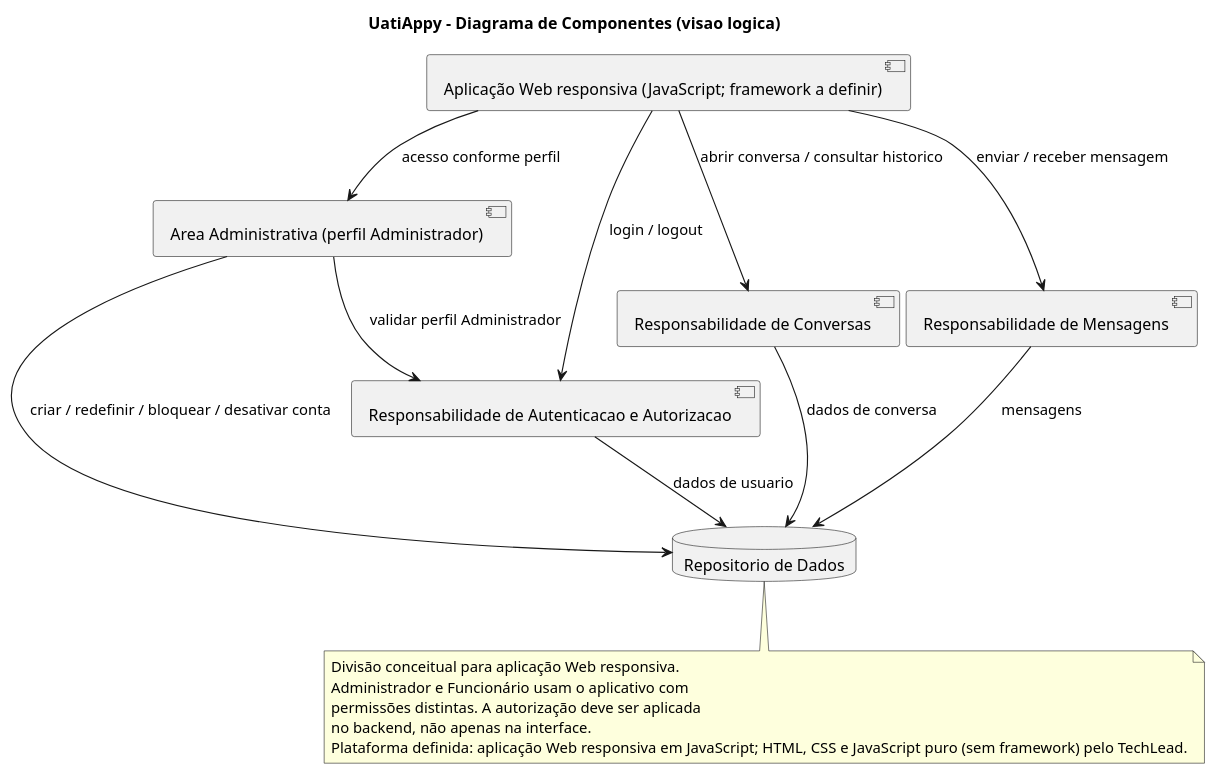
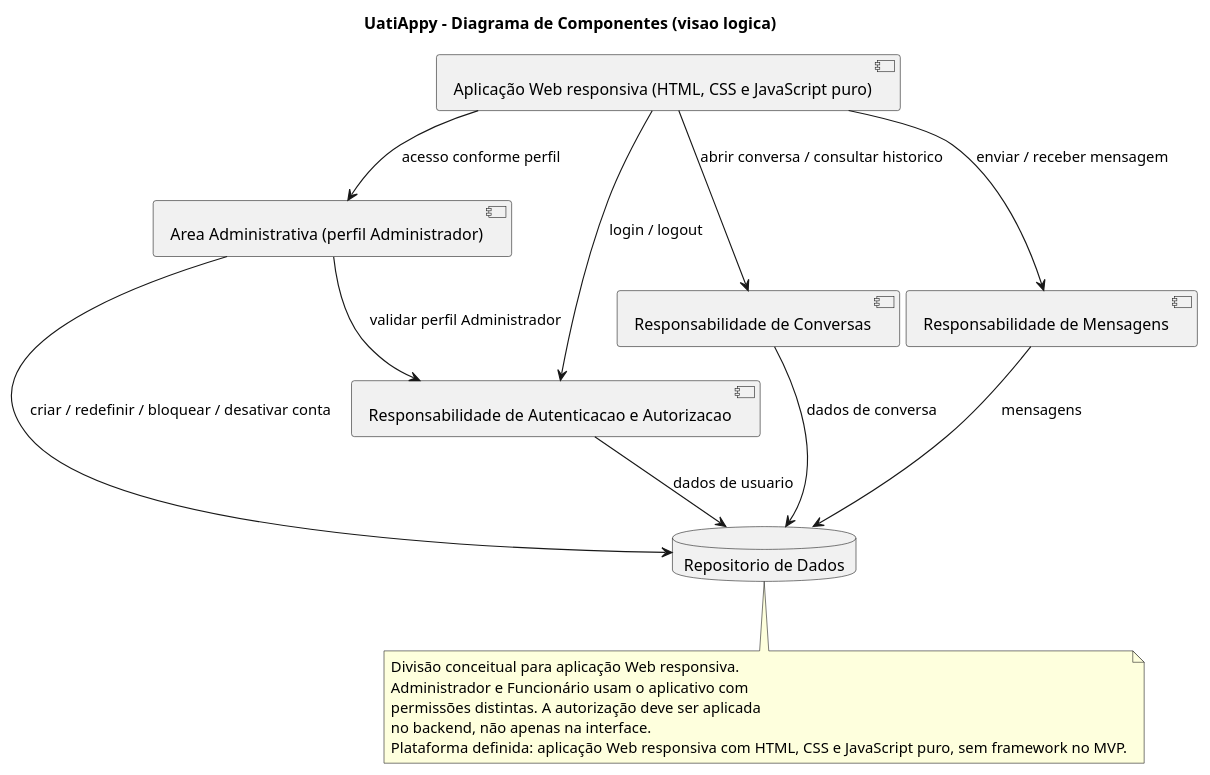
Before and after one commit to daviwanziler/uatiappy-vdois: the second of 10 diagrams in Docs/requisitos/escopo-mvp.md, drawn with PlantUML. The commit also changed other lines of this file, not shown here.

Commit message:
docs: alinhar detalhes da stack web

````diff
--- a/Docs/requisitos/escopo-mvp.md
+++ b/Docs/requisitos/escopo-mvp.md
@@ -277,30 +277,30 @@
 ```plantuml
 @startuml
 title UatiAppy - Diagrama de Componentes (visao logica)
 
-component "Aplicação Web responsiva (JavaScript; framework a definir)" as UI
+component "Aplicação Web responsiva (HTML, CSS e JavaScript puro)" as UI
 component "Area Administrativa (perfil Administrador)" as ADMINUI
 component "Responsabilidade de Autenticacao e Autorizacao" as AUTH
 component "Responsabilidade de Conversas" as CONV
 component "Responsabilidade de Mensagens" as MSG
 database "Repositorio de Dados" as DATA
 
 UI --> AUTH : login / logout
 UI --> ADMINUI : acesso conforme perfil
 ADMINUI --> AUTH : validar perfil Administrador
 ADMINUI --> DATA : criar / redefinir / bloquear / desativar conta
 UI --> CONV : abrir conversa / consultar historico
 UI --> MSG : enviar / receber mensagem
 AUTH --> DATA : dados de usuario
 CONV --> DATA : dados de conversa
 MSG --> DATA : mensagens
 
 note bottom
   Divisão conceitual para aplicação Web responsiva.
   Administrador e Funcionário usam o aplicativo com
   permissões distintas. A autorização deve ser aplicada
   no backend, não apenas na interface.
-  Plataforma definida: aplicação Web responsiva em JavaScript; HTML, CSS e JavaScript puro (sem framework) pelo TechLead.
+  Plataforma definida: aplicação Web responsiva com HTML, CSS e JavaScript puro, sem framework no MVP.
 end note
 @enduml
 ```
````
